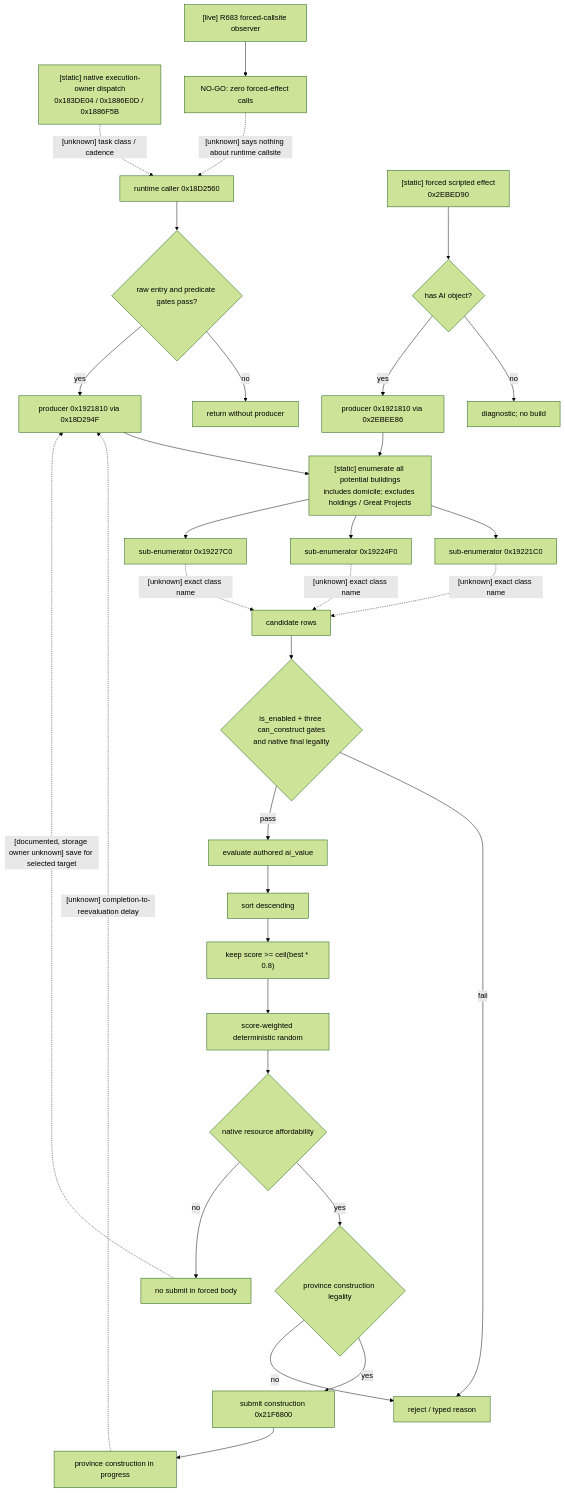
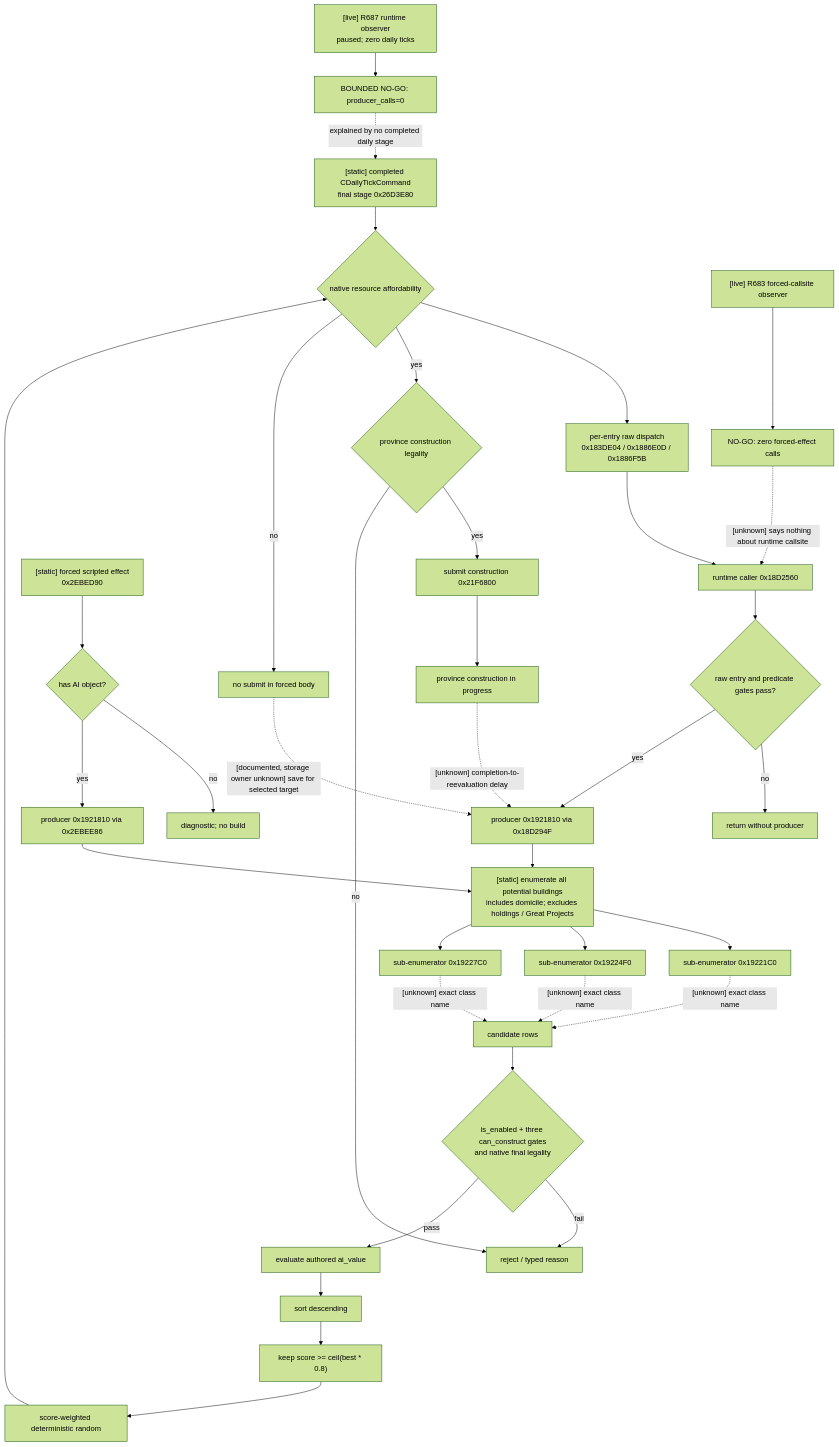
One commit to XenoAmess/ck3_eternal_recurrence changed the diagram in docs/ck3-native-ai/domain-construction-ai.md. Above: the diagram before and after it, drawn with Mermaid (forest theme). The commit also changed other lines of this file and 1 other file, not shown here.

Commit message:
[G2-M4-DEV12-TRIGGER-ANALYSIS] Explain natural construction cadence

````diff
--- a/docs/ck3-native-ai/domain-construction-ai.md
+++ b/docs/ck3-native-ai/domain-construction-ai.md
@@ -347,34 +397,38 @@
 ```mermaid
 flowchart TD
-    S["[static] native execution-owner dispatch<br/>0x183DE04 / 0x1886E0D / 0x1886F5B"] -. "[unknown] task class / cadence" .-> T["runtime caller 0x18D2560"]
+    D["[static] completed CDailyTickCommand<br/>final stage 0x26D3E80"] --> M["CAIManager update 0x18876D0"]
+    M --> S["per-entry raw dispatch<br/>0x183DE04 / 0x1886E0D / 0x1886F5B"]
+    S --> T["runtime caller 0x18D2560"]
     T --> G{"raw entry and predicate gates pass?"}
     G -->|no| X2["return without producer"]
     G -->|yes| E["producer 0x1921810 via 0x18D294F"]
     F["[static] forced scripted effect<br/>0x2EBED90"] --> A{"has AI object?"}
     A -->|no| X["diagnostic; no build"]
     A -->|yes| E2["producer 0x1921810 via 0x2EBEE86"]
     R683["[live] R683 forced-callsite observer"] --> N0["NO-GO: zero forced-effect calls"]
     N0 -. "[unknown] says nothing about runtime callsite" .-> T
+    R687["[live] R687 runtime observer<br/>paused; zero daily ticks"] --> N1["BOUNDED NO-GO: producer_calls=0"]
+    N1 -. "explained by no completed daily stage" .-> D
     E2 --> C
     E --> C["[static] enumerate all potential buildings<br/>includes domicile; excludes holdings / Great Projects"]
     C --> C1["sub-enumerator 0x19221C0"]
     C --> C2["sub-enumerator 0x19224F0"]
     C --> C3["sub-enumerator 0x19227C0"]
     C1 -. "[unknown] exact class name" .-> P["candidate rows"]
     C2 -. "[unknown] exact class name" .-> P
     C3 -. "[unknown] exact class name" .-> P
     P --> L{"is_enabled + three can_construct gates<br/>and native final legality"}
     L -->|fail| R["reject / typed reason"]
     L -->|pass| V["evaluate authored ai_value"]
     V --> O["sort descending"]
     O --> B["keep score >= ceil(best * 0.8)"]
     B --> W["score-weighted deterministic random"]
     W --> M{"native resource affordability"}
     M -->|yes| Q{"province construction legality"}
     Q -->|yes| U["submit construction 0x21F6800"]
     Q -->|no| R
     M -->|no| N["no submit in forced body"]
     N -. "[documented, storage owner unknown] save for selected target" .-> E
     U --> I["province construction in progress"]
     I -. "[unknown] completion-to-reevaluation delay" .-> E
 ```
````
